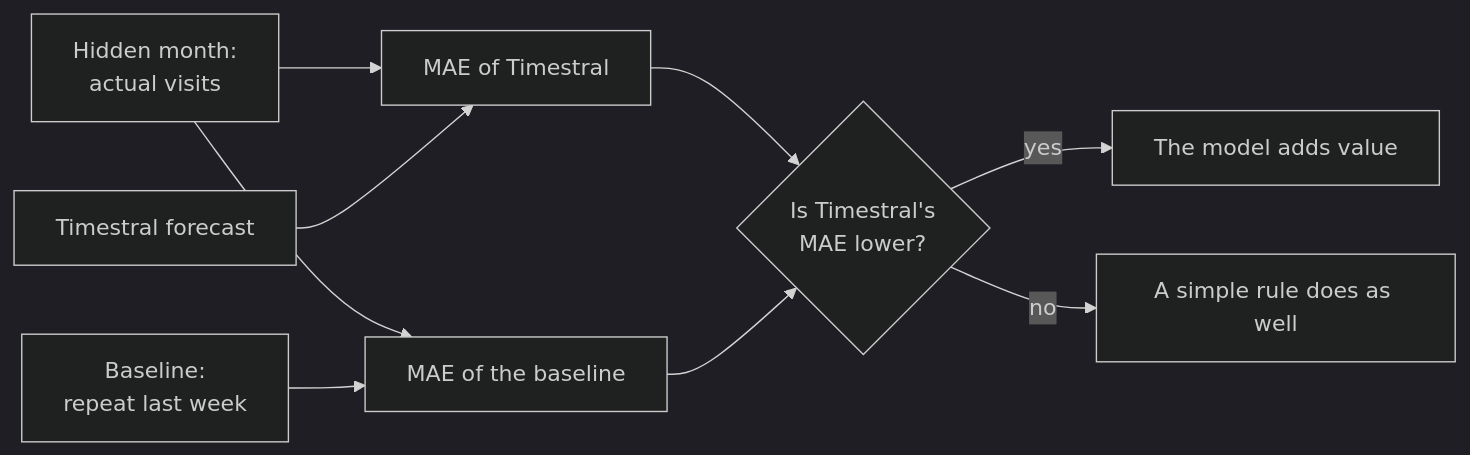
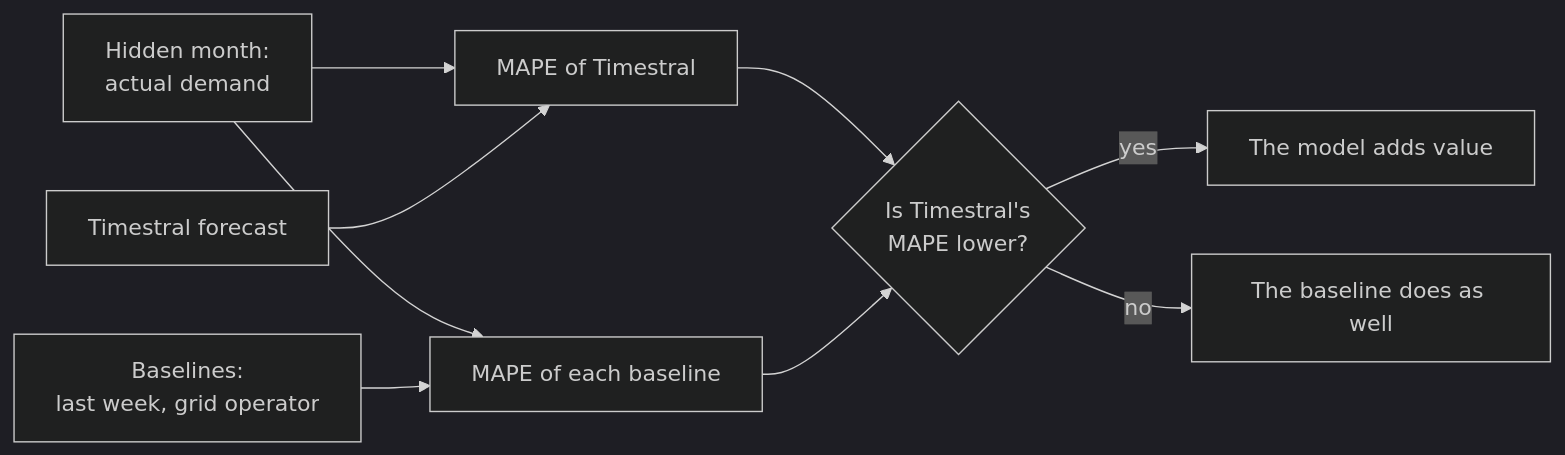
Before and after one commit to mourjo/zero-shot-forecasting: the tenth of 11 diagrams in docs/01-concepts.md, drawn with Mermaid (dark theme). The commit also changed other lines of this file and 3 other files, not shown here.

````diff
--- a/docs/01-concepts.md
+++ b/docs/01-concepts.md
@@ -450,11 +463,11 @@
 ```mermaid
 flowchart LR
-    H["Hidden month:<br/>actual visits"] --> E1["MAE of Timestral"]
+    H["Hidden month:<br/>actual demand"] --> E1["MAPE of Timestral"]
     F["Timestral forecast"] --> E1
-    H --> E2["MAE of the baseline"]
-    B["Baseline:<br/>repeat last week"] --> E2
-    E1 --> C{"Is Timestral's<br/>MAE lower?"}
+    H --> E2["MAPE of each baseline"]
+    B["Baselines:<br/>last week, grid operator"] --> E2
+    E1 --> C{"Is Timestral's<br/>MAPE lower?"}
     E2 --> C
     C -- "yes" --> Y["The model adds value"]
-    C -- "no" --> N["A simple rule does as well"]
+    C -- "no" --> N["The baseline does as well"]
 ```
````
